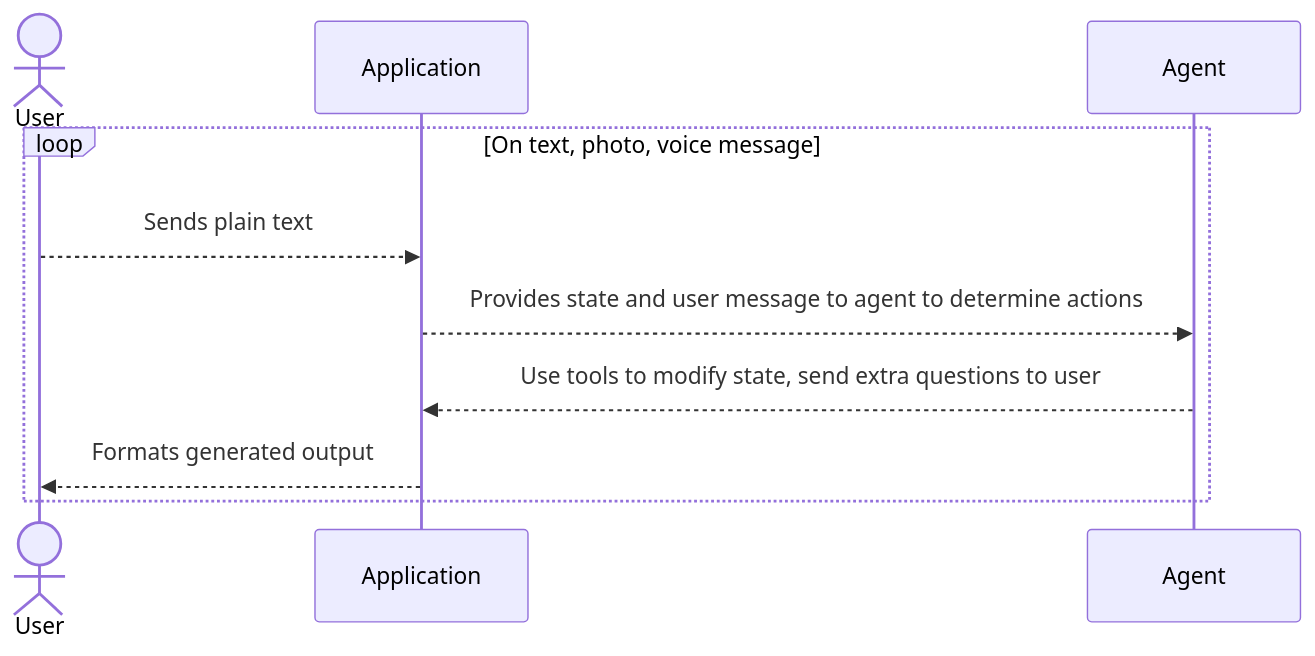
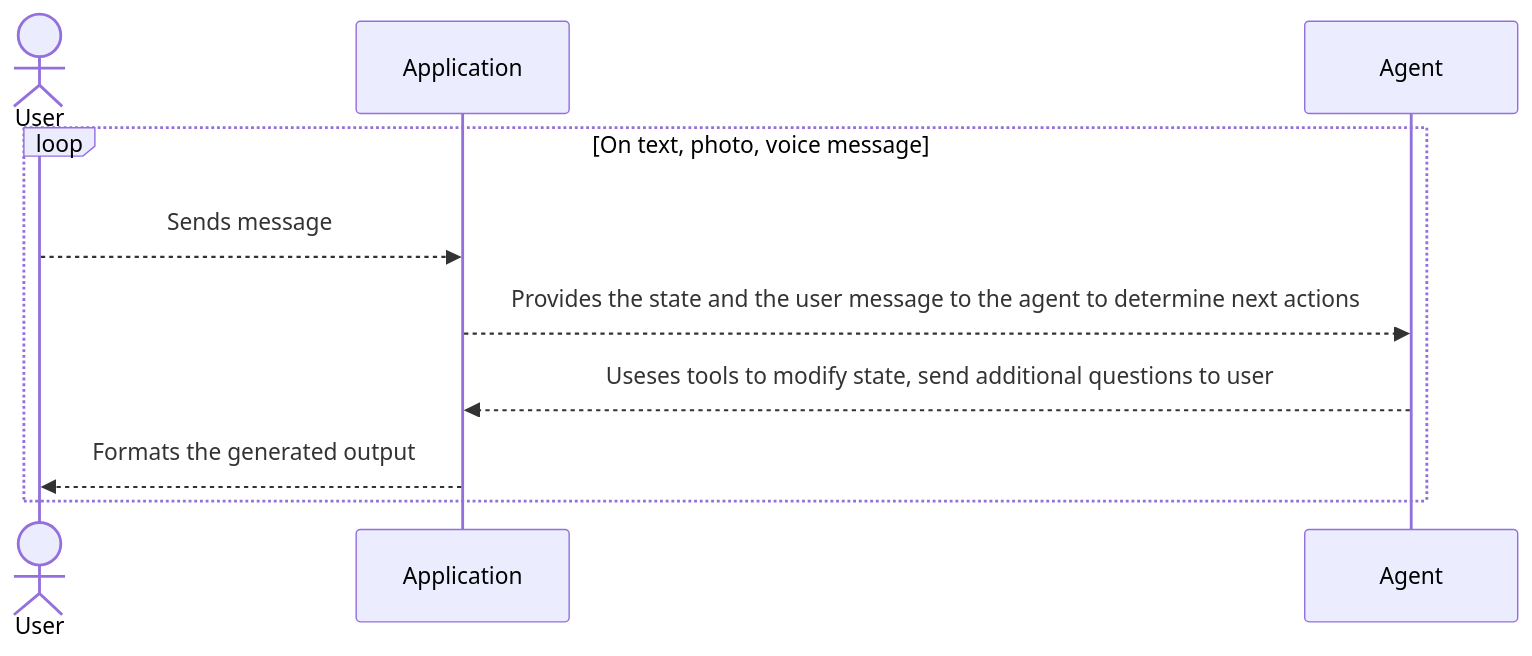
One commit to BeaverNotACat/receipt-splitting-bot changed the second of 2 diagrams in docs/Domain/user flows.md. Above: the diagram before and after it, drawn with Mermaid. The commit also changed other lines of this file and 5 other files, not shown here.

````diff
--- a/docs/Domain/user flows.md
+++ b/docs/Domain/user flows.md
@@ -11,13 +11,13 @@
 ```mermaid
 sequenceDiagram
 actor User
 participant Application #@{ "type" : "boundary" }
 participant Agent #@{ "type" : "control" }
 
 loop On text, photo, voice message
-    User -->> Application: Sends plain text
-    Application -->> Agent: Provides state and user message to agent to determine actions
-    Agent -->> Application: Use tools to modify state, send extra questions to user
-    Application -->> User: Formats generated output    
+    User -->> Application: Sends message
+    Application -->> Agent: Provides the state and the user message to the agent to determine next actions
+    Agent -->> Application: Useses tools to modify state, send additional questions to user
+    Application -->> User: Formats the generated output    
 end
 ```
````
